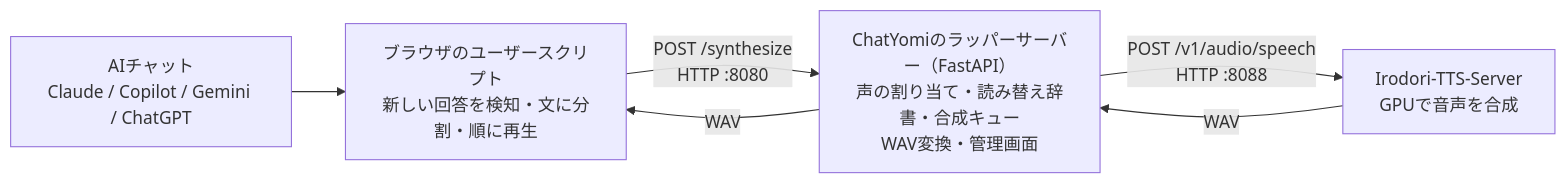
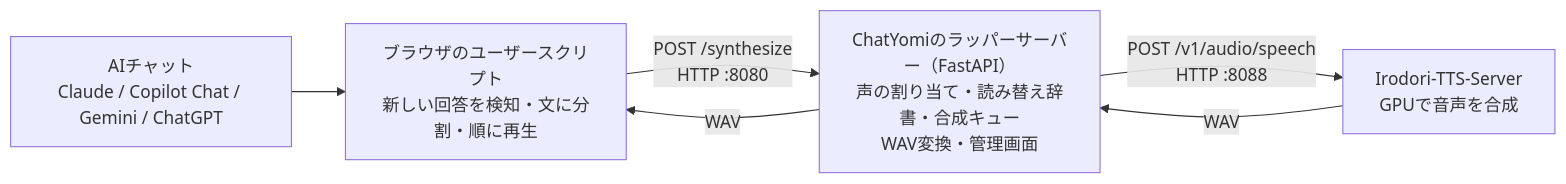
One commit to yoakegaoka/ChatYomi changed the diagram in README.md. Above: the diagram before and after it, drawn with Mermaid. The commit also changed other lines of this file and 5 other files, not shown here.

Commit message:
Document disclaimer and standardize Copilot Chat naming

````diff
--- a/README.md
+++ b/README.md
@@ -36,8 +36,8 @@
 ```mermaid
 flowchart LR
-    A["AIチャット<br/>Claude / Copilot / Gemini / ChatGPT"] --> B["ブラウザのユーザースクリプト<br/>新しい回答を検知・文に分割・順に再生"]
+    A["AIチャット<br/>Claude / Copilot Chat / Gemini / ChatGPT"] --> B["ブラウザのユーザースクリプト<br/>新しい回答を検知・文に分割・順に再生"]
     B -- "POST /synthesize<br/>HTTP :8080" --> C["ChatYomiのラッパーサーバー（FastAPI）<br/>声の割り当て・読み替え辞書・合成キュー<br/>WAV変換・管理画面"]
     C -- "POST /v1/audio/speech<br/>HTTP :8088" --> D["Irodori-TTS-Server<br/>GPUで音声を合成"]
     D -- "WAV" --> C
     C -- "WAV" --> B
 ```
````
